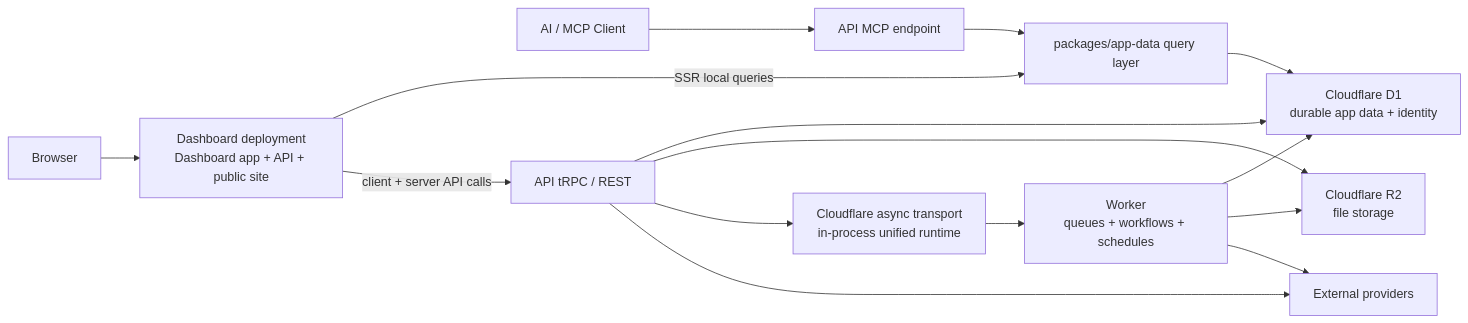
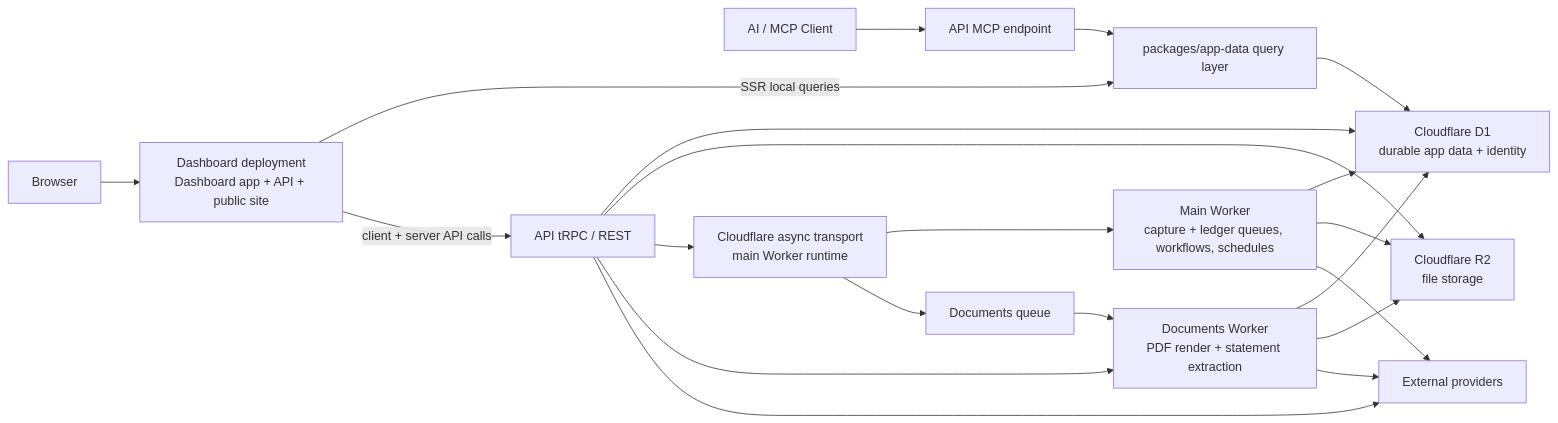
Before and after one commit to fightingentropy/tamias: the diagram in README.md, drawn with Mermaid. The commit also changed other lines of this file and 185 other files, not shown here.

Commit message:
Optimize Cloudflare runtime and bundles

````diff
--- a/README.md
+++ b/README.md
@@ -38,20 +38,26 @@
 ```mermaid
 flowchart LR
   Browser["Browser"] --> Dashboard["Dashboard deployment<br/>Dashboard app + API + public site"]
   AIClient["AI / MCP Client"] --> MCP["API MCP endpoint"]
 
   Dashboard -->|SSR local queries| QueryLayer["packages/app-data query layer"]
   Dashboard -->|client + server API calls| TRPC["API tRPC / REST"]
 
   QueryLayer --> D1["Cloudflare D1<br/>durable app data + identity"]
   TRPC --> D1
   TRPC --> R2["Cloudflare R2<br/>file storage"]
-  TRPC --> AsyncRuntime["Cloudflare async transport<br/>in-process unified runtime"]
+  TRPC --> AsyncRuntime["Cloudflare async transport<br/>main Worker runtime"]
+  TRPC --> DocumentsWorker["Documents Worker<br/>PDF render + statement extraction"]
   TRPC --> Providers["External providers"]
   MCP --> QueryLayer
 
-  AsyncRuntime --> Worker["Worker<br/>queues + workflows + schedules"]
+  AsyncRuntime --> Worker["Main Worker<br/>capture + ledger queues, workflows, schedules"]
+  AsyncRuntime --> DocumentsQueue["Documents queue"]
+  DocumentsQueue --> DocumentsWorker
   Worker --> D1
   Worker --> R2
+  DocumentsWorker --> D1
+  DocumentsWorker --> R2
   Worker --> Providers
+  DocumentsWorker --> Providers
 ```
````
